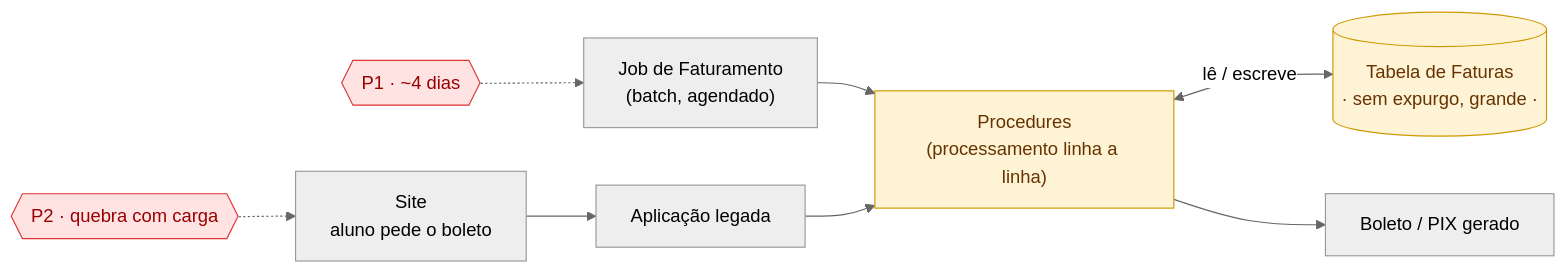
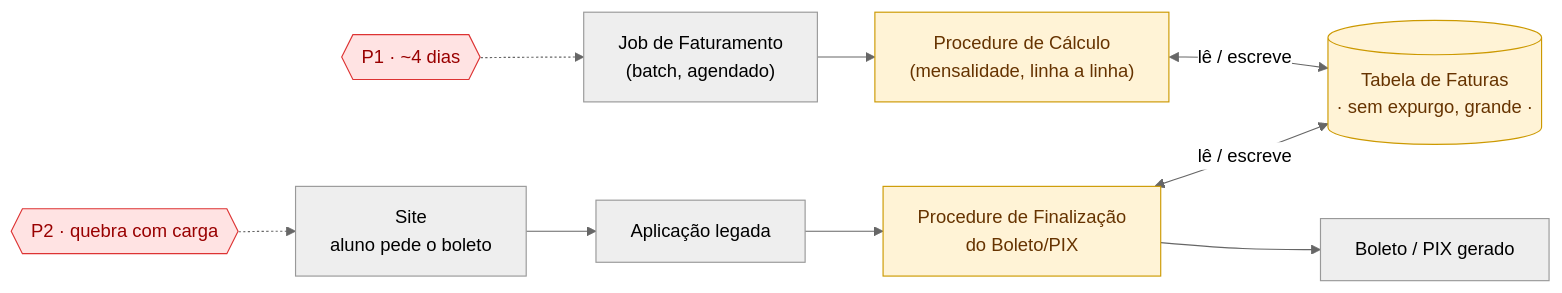
One commit to lealnetosena/colegio-leal changed the diagram in diagramas/01-arquitetura-atual.md. Above: the diagram before and after it, drawn with Mermaid (neutral theme). The commit also changed other lines of this file and 1 other file, not shown here.

First line of the commit message:
fix: corrige erro logico grave - sao 2 procedures diferentes (calculo e finalizacao), nao a mesma rodando de novo

````diff
--- a/diagramas/01-arquitetura-atual.md
+++ b/diagramas/01-arquitetura-atual.md
@@ -6,17 +9,18 @@
 ```mermaid
 flowchart LR
-    JOB["Job de Faturamento<br/>(batch, agendado)"] --> PROC["Procedures<br/>(processamento linha a linha)"]
-    SITE["Site<br/>aluno pede o boleto"] --> APP["Aplicação legada"] --> PROC
-    PROC <-->|"lê / escreve"| TAB[("Tabela de Faturas<br/>· sem expurgo, grande ·")]
-    PROC --> DOC["Boleto / PIX gerado"]
+    JOB["Job de Faturamento<br/>(batch, agendado)"] --> PCALC["Procedure de Cálculo<br/>(mensalidade, linha a linha)"]
+    SITE["Site<br/>aluno pede o boleto"] --> APP["Aplicação legada"] --> PFIN["Procedure de Finalização<br/>do Boleto/PIX"]
+    PCALC <-->|"lê / escreve"| TAB[("Tabela de Faturas<br/>· sem expurgo, grande ·")]
+    PFIN <-->|"lê / escreve"| TAB
+    PFIN --> DOC["Boleto / PIX gerado"]
 
     P1{{"P1 · ~4 dias"}}
     P2{{"P2 · quebra com carga"}}
     P1 -.-> JOB
     P2 -.-> SITE
 
     classDef prob fill:#ffe3e3,stroke:#d33,color:#900
     class P1,P2 prob
     classDef bad fill:#fff3d6,stroke:#c90,color:#630
-    class PROC,TAB bad
+    class PCALC,PFIN,TAB bad
 ```
````
